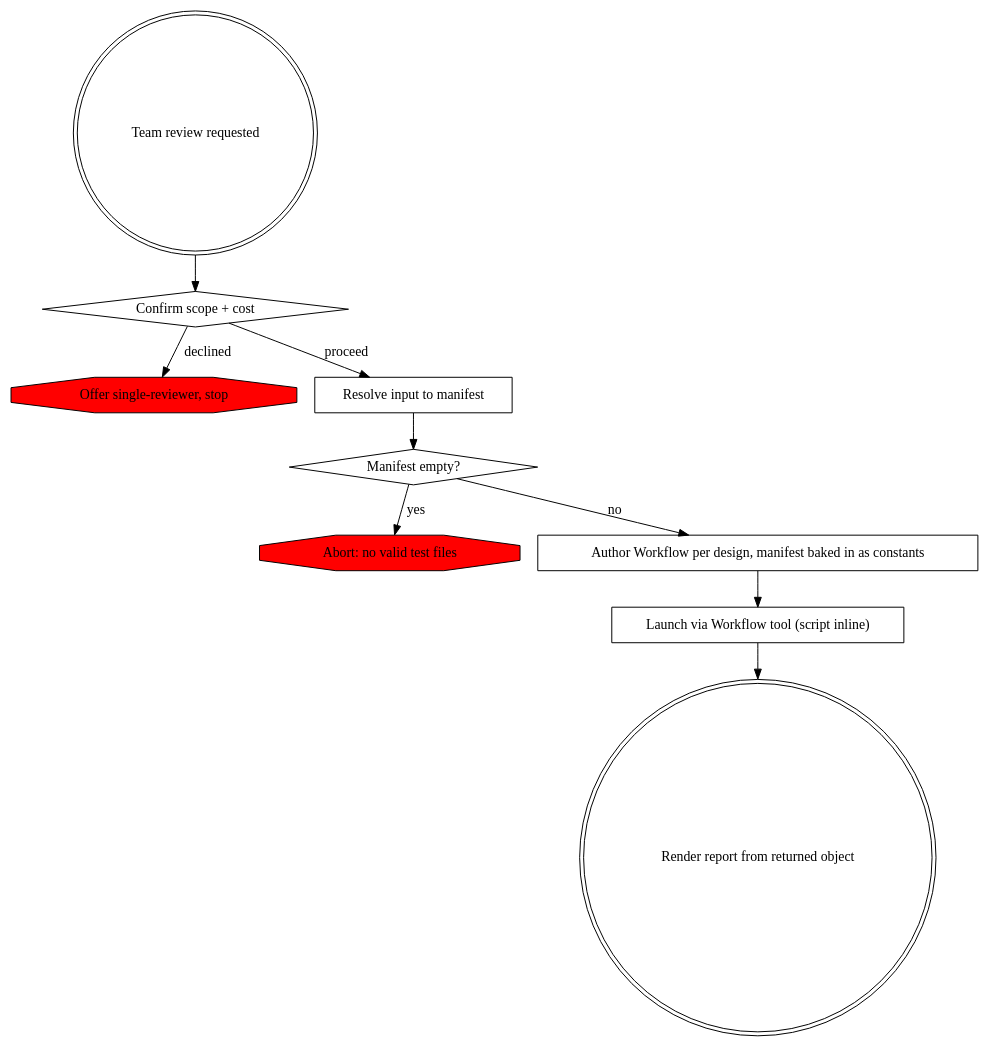
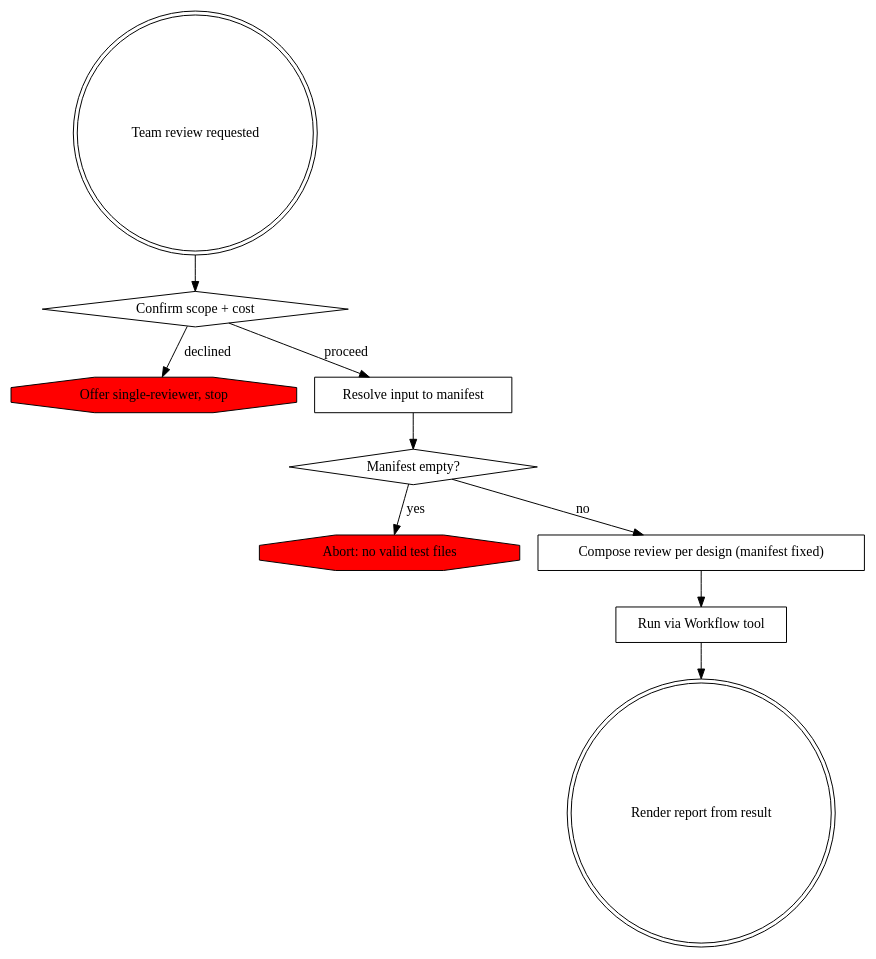
One commit to shopwareLabs/ai-coding-tools changed the diagram in plugins/test-writing/skills/phpunit-unit-test-team-reviewing/SKILL.md. Above: the diagram before and after it, drawn with Graphviz. The commit also changed other lines of this file and 19 other files, not shown here.

First line of the commit message:
fix(test-writing): treat Workflow as a blackbox in team review skill

````diff
--- a/plugins/test-writing/skills/phpunit-unit-test-team-reviewing/SKILL.md
+++ b/plugins/test-writing/skills/phpunit-unit-test-team-reviewing/SKILL.md
@@ -12,22 +12,22 @@
 ```dot
 digraph team_review {
   "Team review requested" [shape=doublecircle];
   "Confirm scope + cost" [shape=diamond];
   "Offer single-reviewer, stop" [shape=octagon, style=filled, fillcolor=red];
   "Resolve input to manifest" [shape=box];
   "Manifest empty?" [shape=diamond];
   "Abort: no valid test files" [shape=octagon, style=filled, fillcolor=red];
-  "Author Workflow per design, manifest baked in as constants" [shape=box];
-  "Launch via Workflow tool (script inline)" [shape=box];
-  "Render report from returned object" [shape=doublecircle];
+  "Compose review per design (manifest fixed)" [shape=box];
+  "Run via Workflow tool" [shape=box];
+  "Render report from result" [shape=doublecircle];
 
   "Team review requested" -> "Confirm scope + cost";
   "Confirm scope + cost" -> "Offer single-reviewer, stop" [label="declined"];
   "Confirm scope + cost" -> "Resolve input to manifest" [label="proceed"];
   "Resolve input to manifest" -> "Manifest empty?";
   "Manifest empty?" -> "Abort: no valid test files" [label="yes"];
-  "Manifest empty?" -> "Author Workflow per design, manifest baked in as constants" [label="no"];
-  "Author Workflow per design, manifest baked in as constants" -> "Launch via Workflow tool (script inline)";
-  "Launch via Workflow tool (script inline)" -> "Render report from returned object";
+  "Manifest empty?" -> "Compose review per design (manifest fixed)" [label="no"];
+  "Compose review per design (manifest fixed)" -> "Run via Workflow tool";
+  "Run via Workflow tool" -> "Render report from result";
 }
 ```
````
